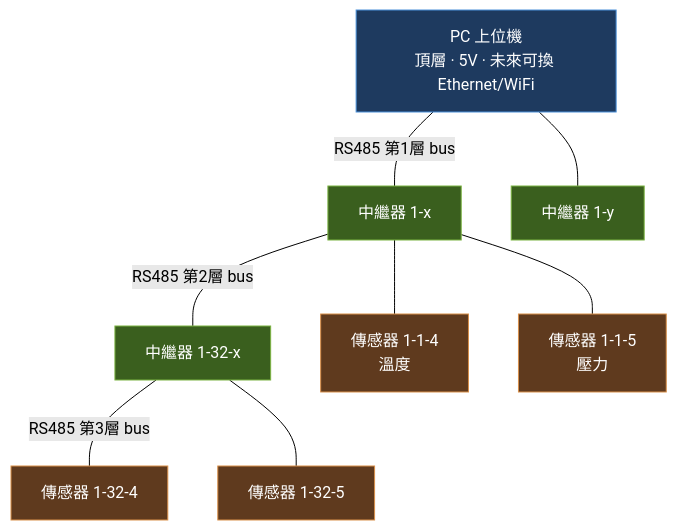
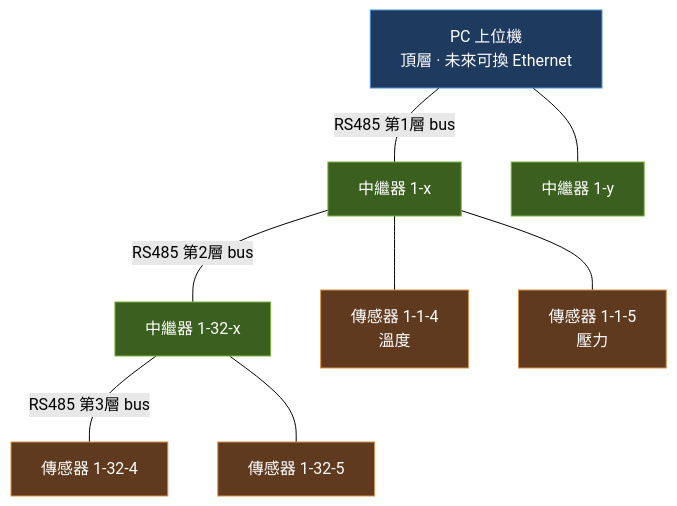
The first of 2 diagrams in docs/01_系統架構.md (PeiaLo/RS485C), drawn with Mermaid (forest theme) before and after one commit. The commit also changed other lines of this file and 12 other files, not shown here.

````diff
--- a/docs/01_系統架構.md
+++ b/docs/01_系統架構.md
@@ -7,21 +7,21 @@
 ```mermaid
 graph TD
-    PC[PC 上位機<br/>頂層 · 5V · 未來可換 Ethernet/WiFi]
+    PC[PC 上位機<br/>頂層 · 未來可換 Ethernet]
 
     PC ---|RS485 第1層 bus| R1_1[中繼器 1-x]
     PC --- R1_2[中繼器 1-y]
 
     R1_1 ---|RS485 第2層 bus| R2_1[中繼器 1-32-x]
     R1_1 --- T1[傳感器 1-1-4<br/>溫度]
     R1_1 --- T2[傳感器 1-1-5<br/>壓力]
 
     R2_1 ---|RS485 第3層 bus| T3[傳感器 1-32-4]
     R2_1 --- T4[傳感器 1-32-5]
 
     classDef pc fill:#1e3a5f,stroke:#4a90d9,color:#fff;
     classDef rep fill:#3a5f1e,stroke:#7bb342,color:#fff;
     classDef term fill:#5f3a1e,stroke:#d9904a,color:#fff;
     class PC pc;
     class R1_1,R1_2,R2_1 rep;
     class T1,T2,T3,T4 term;
 ```
````
